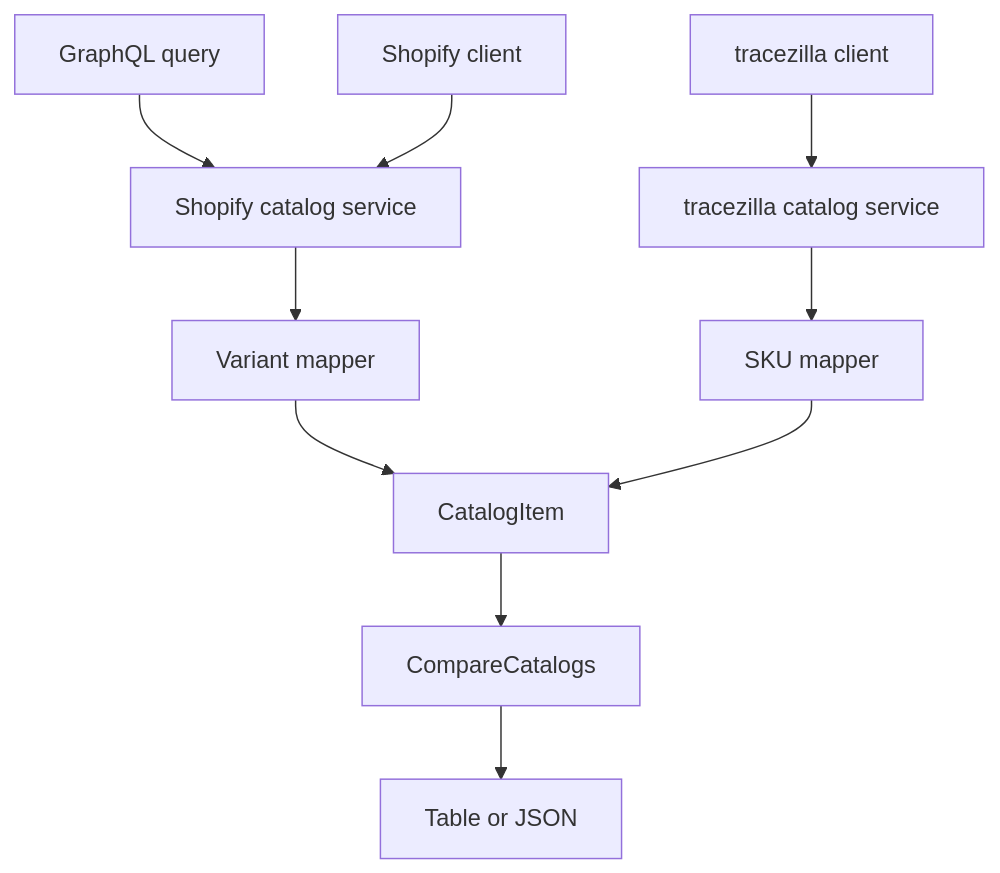
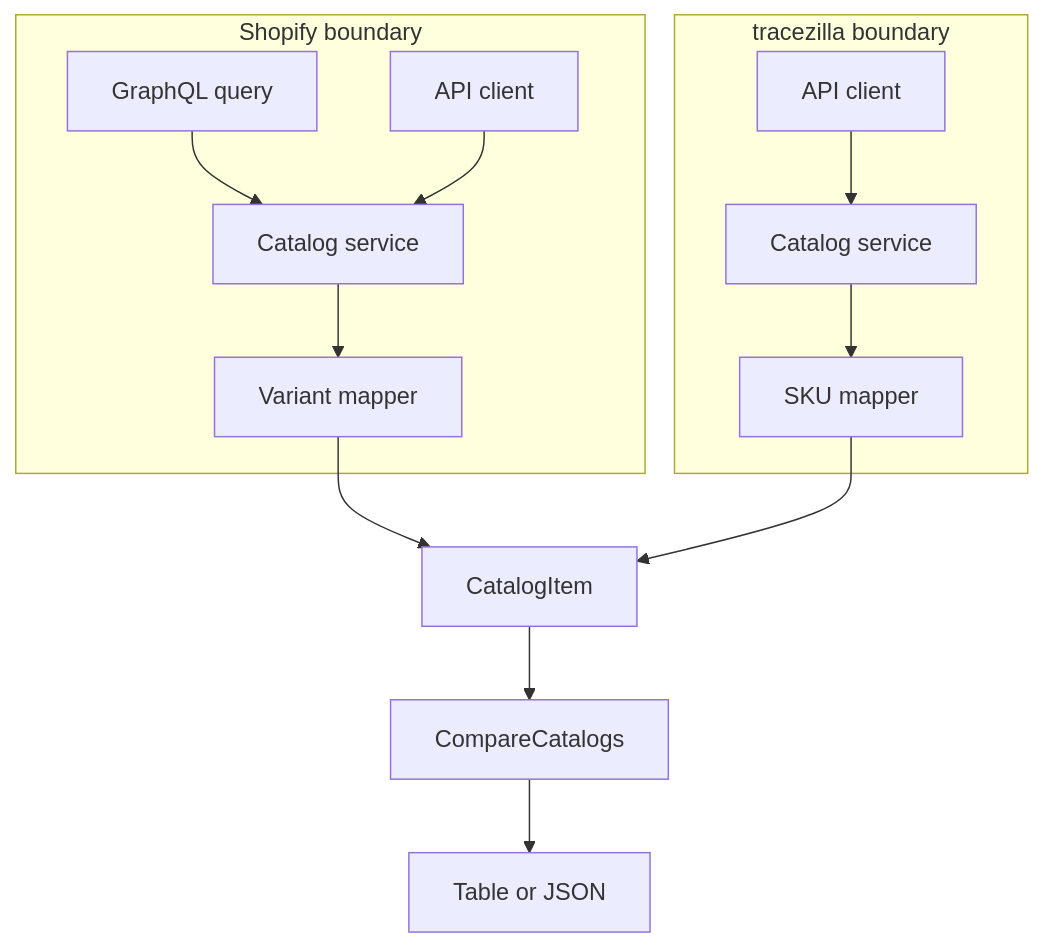
One commit to Happy-Bananas/tracezilla-integrations-docs changed the diagram in shopify/dotnet.md. Above: the diagram before and after it, drawn with Mermaid. The commit also changed other lines of this file and 11 other files, not shown here.

```diff
--- a/shopify/dotnet.md
+++ b/shopify/dotnet.md
@@ -55,12 +54,16 @@
 <pre class="mermaid">
 flowchart TB
-    Query[GraphQL query] --> ShopifyService[Shopify catalog service]
-    ShopifyClient[Shopify client] --> ShopifyService
-    ShopifyService --> ShopifyMapper[Variant mapper]
-    TracezillaClient[tracezilla client] --> TracezillaService[tracezilla catalog service]
-    TracezillaService --> TracezillaMapper[SKU mapper]
+    subgraph Shopify[Shopify boundary]
+        Query[GraphQL query] --> ShopifyService[Catalog service]
+        ShopifyClient[API client] --> ShopifyService
+        ShopifyService --> ShopifyMapper[Variant mapper]
+    end
+    subgraph Tracezilla[tracezilla boundary]
+        TracezillaClient[API client] --> TracezillaService[Catalog service]
+        TracezillaService --> TracezillaMapper[SKU mapper]
+    end
     ShopifyMapper --> Model[CatalogItem]
     TracezillaMapper --> Model
     Model --> Workflow[CompareCatalogs]
     Workflow --> Output[Table or JSON]
 </pre>
```
